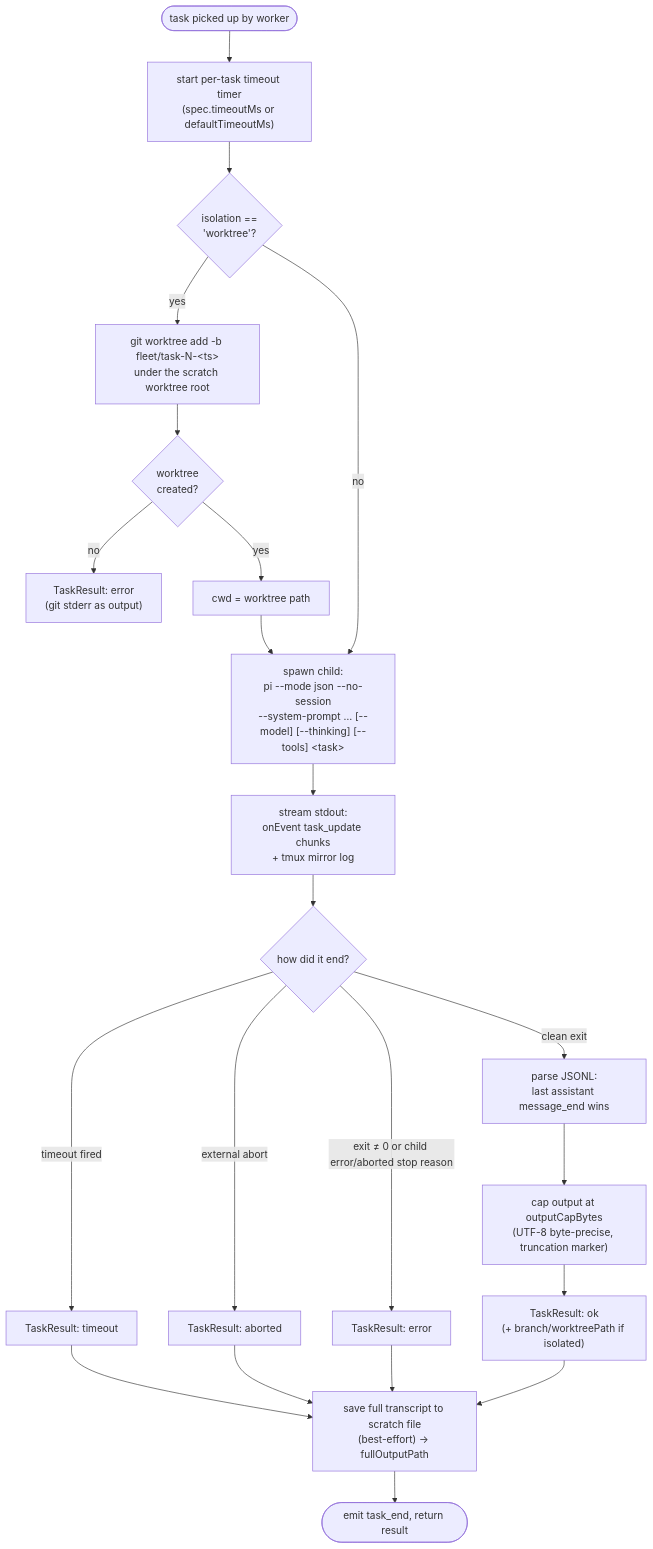
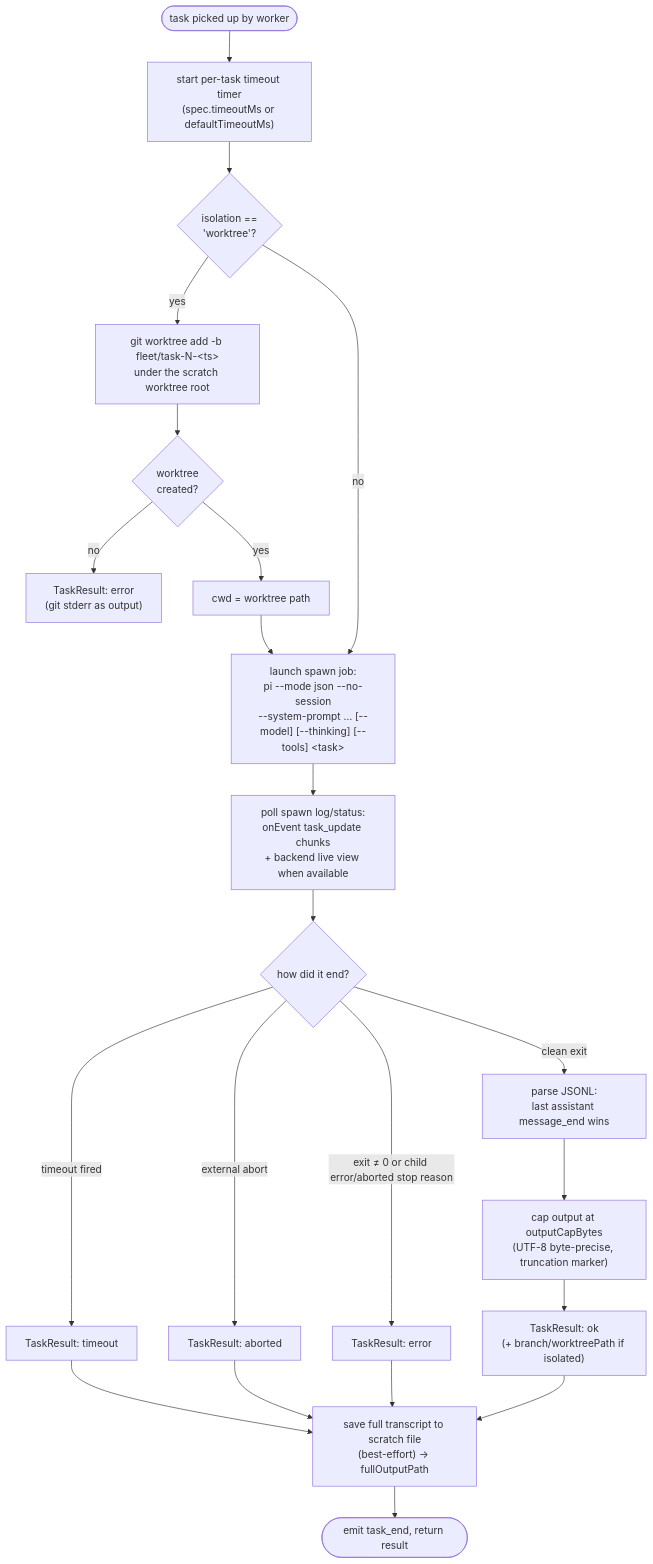
The fifth of 10 diagrams in docs/fleet-architecture.md (ulvestuen/pi-kit), drawn with Mermaid before and after one commit. The commit also changed other lines of this file and 20 other files, not shown here.

````diff
--- a/docs/fleet-architecture.md
+++ b/docs/fleet-architecture.md
@@ -195,24 +197,24 @@
 ```mermaid
 flowchart TB
     start(["task picked up by worker"]) --> timer["start per-task timeout timer<br/>(spec.timeoutMs or defaultTimeoutMs)"]
     timer --> iso{"isolation ==<br/>'worktree'?"}
     iso -- yes --> wt["git worktree add -b fleet/task-N-&lt;ts&gt;<br/>under the scratch worktree root"]
     wt --> wtok{"worktree<br/>created?"}
     wtok -- no --> failwt["TaskResult: error<br/>(git stderr as output)"]
     wtok -- yes --> cwd["cwd = worktree path"]
     iso -- no --> spawnNode
-    cwd --> spawnNode["spawn child:<br/>pi --mode json --no-session<br/>--system-prompt … [--model] [--thinking] [--tools] &lt;task&gt;"]
-    spawnNode --> stream["stream stdout:<br/>onEvent task_update chunks<br/>+ tmux mirror log"]
+    cwd --> spawnNode["launch spawn job:<br/>pi --mode json --no-session<br/>--system-prompt … [--model] [--thinking] [--tools] &lt;task&gt;"]
+    spawnNode --> stream["poll spawn log/status:<br/>onEvent task_update chunks<br/>+ backend live view when available"]
     stream --> done{"how did it end?"}
     done -- "timeout fired" --> to["TaskResult: timeout"]
     done -- "external abort" --> ab["TaskResult: aborted"]
     done -- "exit ≠ 0 or child error/aborted stop reason" --> err["TaskResult: error"]
     done -- "clean exit" --> parse["parse JSONL:<br/>last assistant message_end wins"]
     parse --> cap["cap output at outputCapBytes<br/>(UTF-8 byte-precise, truncation marker)"]
     cap --> ok["TaskResult: ok<br/>(+ branch/worktreePath if isolated)"]
     to --> save
     ab --> save
     err --> save
     ok --> save["save full transcript to scratch file<br/>(best-effort) → fullOutputPath"]
     save --> fin(["emit task_end, return result"])
 ```
````
